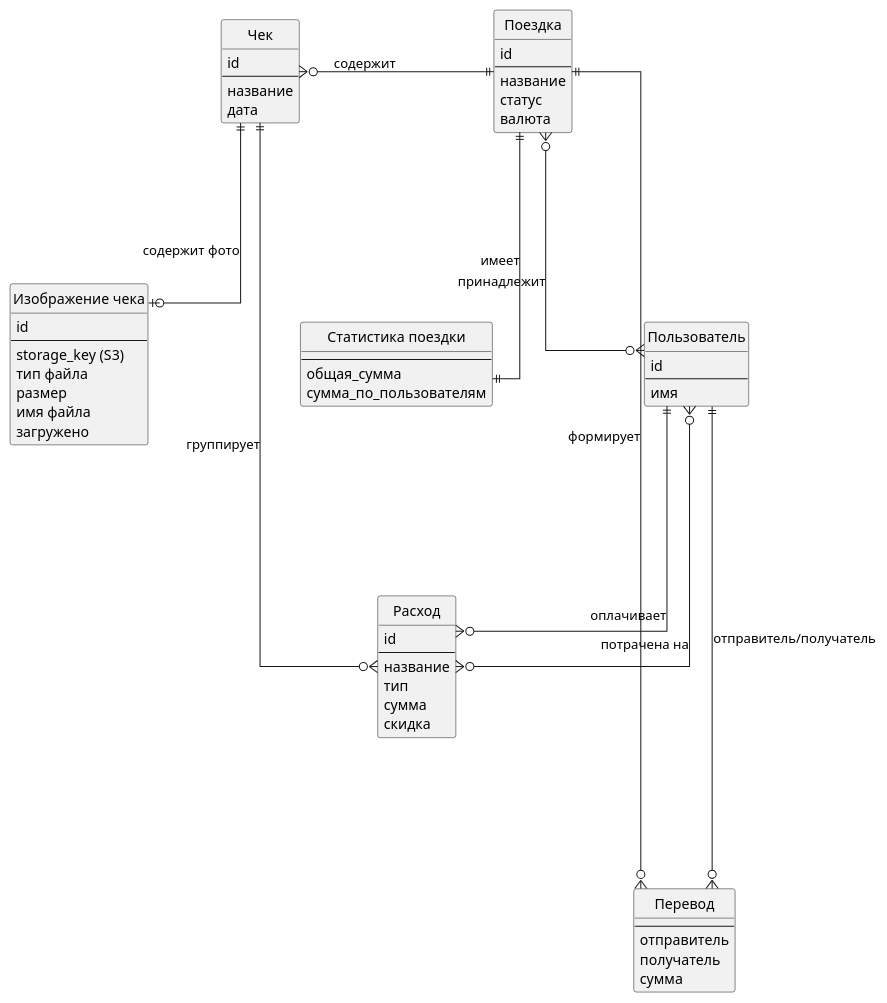
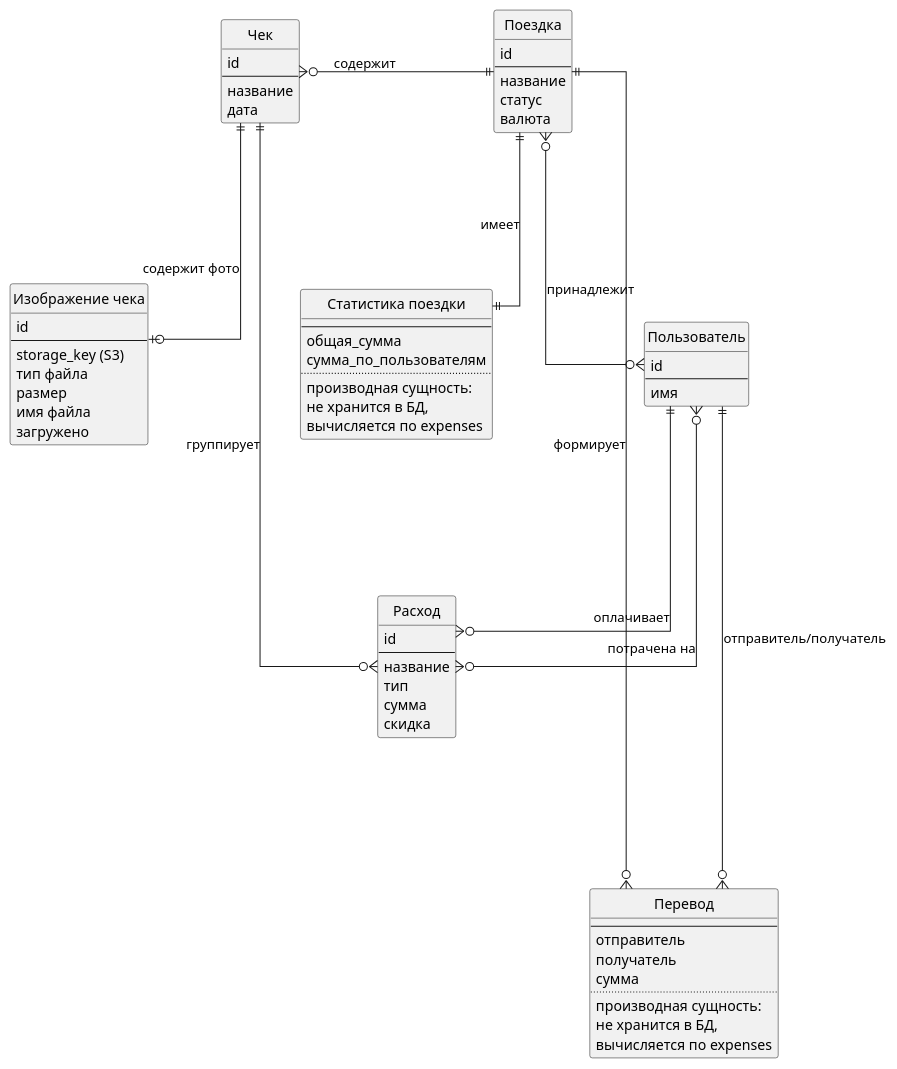
Before and after one commit to SashaKoretski/TripSplit: the diagram in img/ER/ER.puml, drawn with PlantUML. The commit also changed 22 other files, not shown here.

```diff
--- a/img/ER/ER.puml
+++ b/img/ER/ER.puml
@@ -1,82 +1,90 @@
 @startuml
 skinparam linetype ortho
 skinparam nodesep 150
 skinparam ranksep 150
 
 hide circle
 hide methods
 hide stereotypes
 
 entity "Пользователь" as User {
     id
     --
     имя
 }
 
 entity "Поездка" as Trip {
     id
     --
     название
     статус
     валюта
 }
 
 entity "Чек" as Receipt {
     id
     --
     название
     дата
 }
 
 entity "Изображение чека" as ReceiptImage {
     id
     --
     storage_key (S3)
     тип файла
     размер
     имя файла
     загружено
 }
 
 entity "Расход" as Expense {
     id
     --
     название
     тип
     сумма
     скидка
 }
 
 entity "Перевод" as Transfer {
     --
     отправитель
     получатель
     сумма
+    ..
+    производная сущность:
+    не хранится в БД,
+    вычисляется по expenses
 }
 
 entity "Статистика поездки" as Stats {
     --
     общая_сумма
     сумма_по_пользователям
+    ..
+    производная сущность:
+    не хранится в БД,
+    вычисляется по expenses
 }
 
 ' Основные связи
 User    }o-left-o{ Trip      : "принадлежит"
 Trip    ||-left-o{ Receipt   : "содержит"
 Receipt ||-right-o{ Expense  : "группирует"
 Receipt ||-down-o| ReceiptImage : "содержит фото"
 
 Trip    ||-right-o{ Transfer : "формирует"
 
 Trip    ||-down-|| Stats     : "имеет"
 
 User    ||-down-o{ Expense   : "оплачивает"
 User    }o-down-o{ Expense   : "потрачена на"
 
 User    ||-right-o{ Transfer : "отправитель/получатель"
 
 ' Скрытые связи для более аккуратного расположения
 Receipt -[hidden]-> Stats
 Stats   -[hidden]-> Expense
 Expense -[hidden]-> Transfer
 @enduml
```
